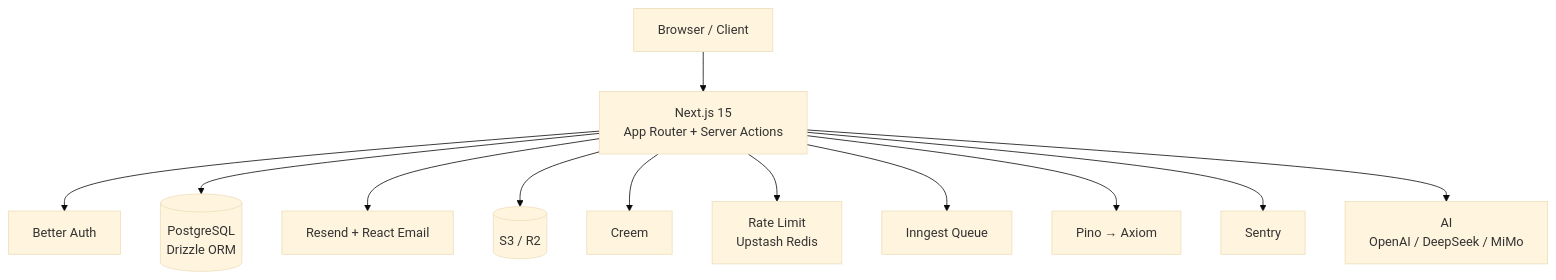
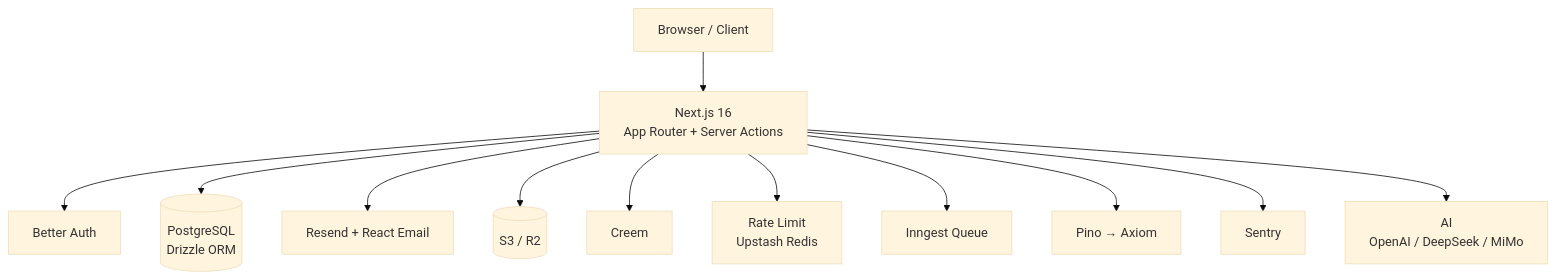
The diagram in README.md (evepupil/NextDevTpl), drawn with Mermaid (base theme) before and after one commit. The commit also changed other lines of this file and 6 other files, not shown here.

````diff
--- a/README.md
+++ b/README.md
@@ -76,14 +76,14 @@
 ```mermaid
 graph TD
-    Client[Browser / Client] --> Next["Next.js 15<br/>App Router + Server Actions"]
+    Client[Browser / Client] --> Next["Next.js 16<br/>App Router + Server Actions"]
     Next --> Auth[Better Auth]
     Next --> DB[("PostgreSQL<br/>Drizzle ORM")]
     Next --> Mail[Resend + React Email]
     Next --> Storage[(S3 / R2)]
     Next --> Payment[Creem]
     Next --> RateLimit["Rate Limit<br/>Upstash Redis"]
     Next --> Jobs[Inngest Queue]
     Next --> Log[Pino → Axiom]
     Next --> Monitor[Sentry]
     Next --> AI["AI<br/>OpenAI / DeepSeek / MiMo"]
 ```
````
